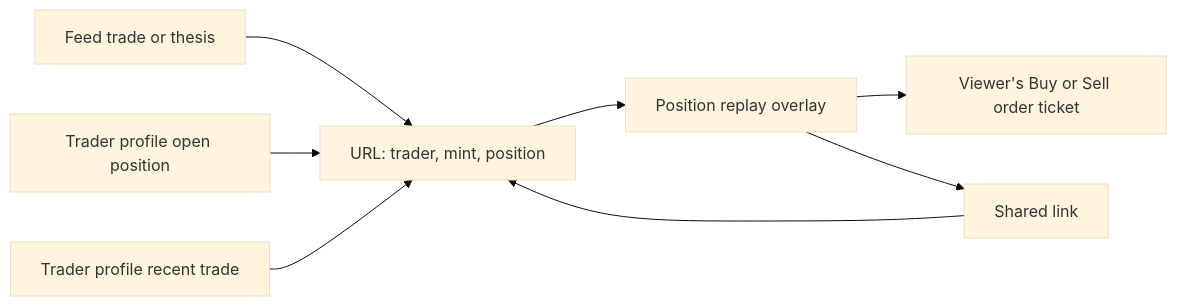
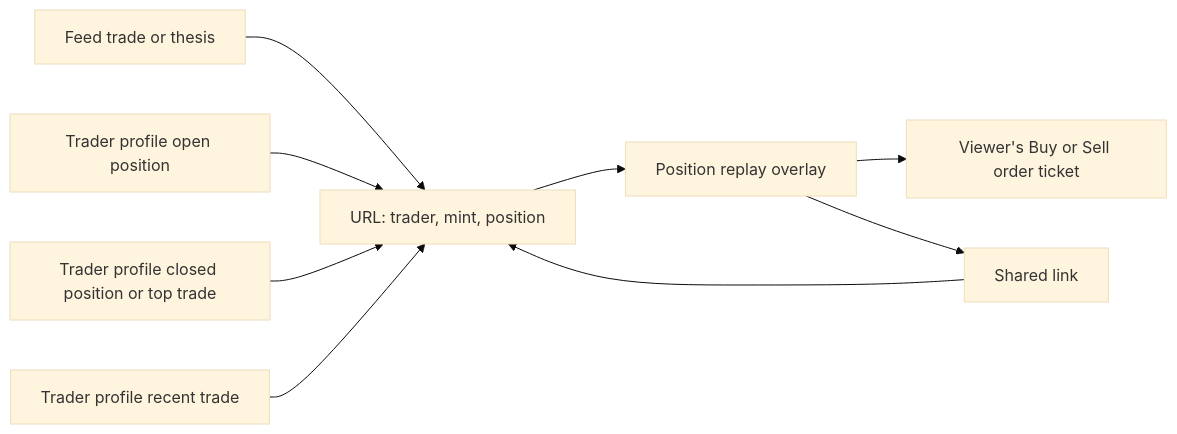
Before and after one commit to jog01/agele-web: the second of 3 diagrams in docs/social-pages.md, drawn with Mermaid (base theme). The commit also changed other lines of this file and 8 other files, not shown here.

````diff
--- a/docs/social-pages.md
+++ b/docs/social-pages.md
@@ -38,10 +38,11 @@
 ```mermaid
 flowchart LR
   F[Feed trade or thesis] --> U["URL: trader, mint, position"]
   P[Trader profile open position] --> U
+  C[Trader profile closed position or top trade] --> U
   T[Trader profile recent trade] --> U
   S[Shared link] --> U
   U --> M[Position replay overlay]
   M --> O[Viewer's Buy or Sell order ticket]
   M --> S
 ```
````
